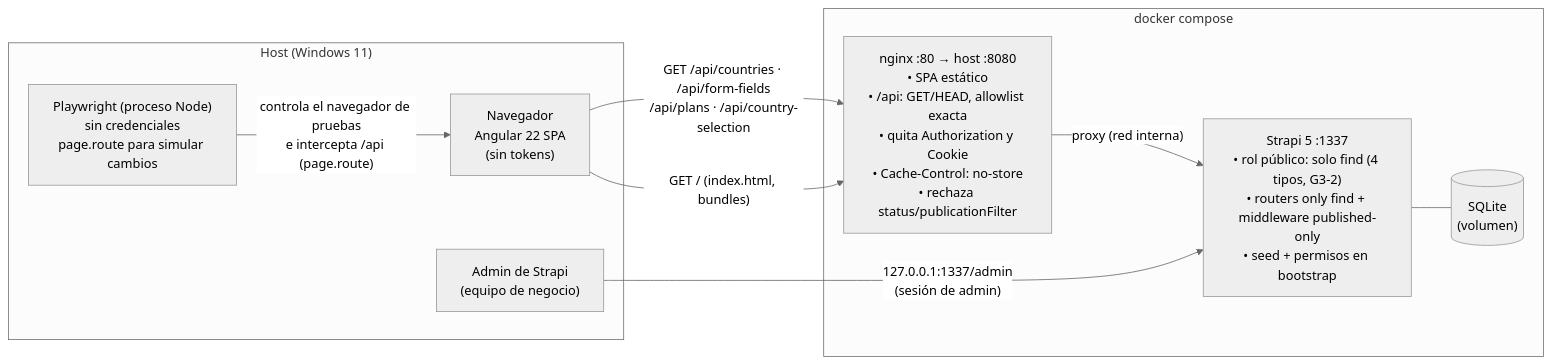
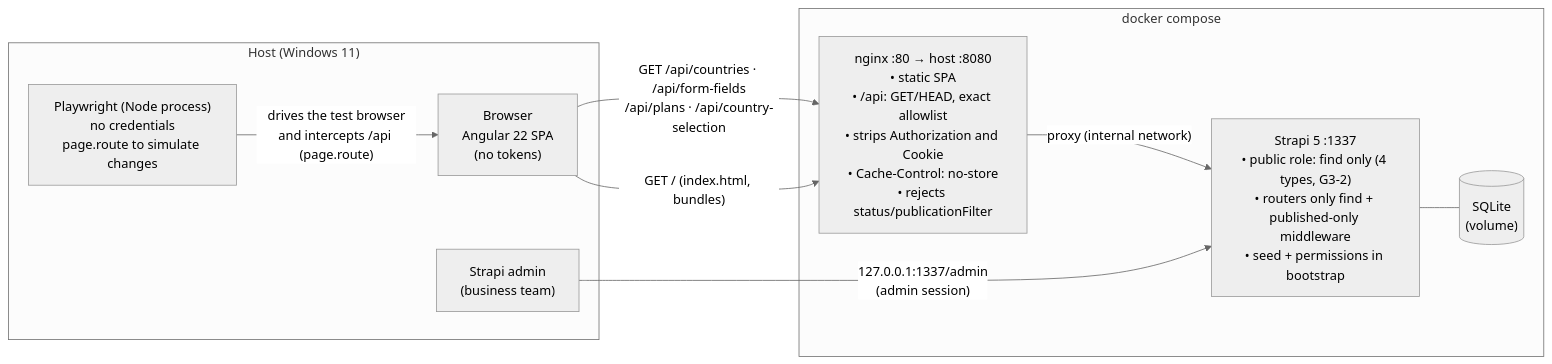
The first of 2 diagrams in docs/architecture/overview.md (Jorgeandd10/car-insurance-quote-multicountry), drawn with Mermaid (neutral theme) before and after one commit. The commit also changed other lines of this file and 35 other files, not shown here.

````diff
--- a/docs/architecture/overview.md
+++ b/docs/architecture/overview.md
@@ -15,21 +15,21 @@
 ```mermaid
 flowchart LR
     subgraph Host["Host (Windows 11)"]
-        B["Navegador<br/>Angular 22 SPA<br/>(sin tokens)"]
-        PW["Playwright (proceso Node)<br/>sin credenciales<br/>page.route para simular cambios"]
-        ADM["Admin de Strapi<br/>(equipo de negocio)"]
+        B["Browser<br/>Angular 22 SPA<br/>(no tokens)"]
+        PW["Playwright (Node process)<br/>no credentials<br/>page.route to simulate changes"]
+        ADM["Strapi admin<br/>(business team)"]
     end
 
     subgraph Docker["docker compose"]
-        NG["nginx :80 → host :8080<br/>• SPA estático<br/>• /api: GET/HEAD, allowlist exacta<br/>• quita Authorization y Cookie<br/>• Cache-Control: no-store<br/>• rechaza status/publicationFilter"]
-        ST["Strapi 5 :1337<br/>• rol público: solo find (4 tipos, G3-2)<br/>• routers only find + middleware published-only<br/>• seed + permisos en bootstrap"]
-        DB[("SQLite<br/>(volumen)")]
+        NG["nginx :80 → host :8080<br/>• static SPA<br/>• /api: GET/HEAD, exact allowlist<br/>• strips Authorization and Cookie<br/>• Cache-Control: no-store<br/>• rejects status/publicationFilter"]
+        ST["Strapi 5 :1337<br/>• public role: find only (4 types, G3-2)<br/>• routers only find + published-only middleware<br/>• seed + permissions in bootstrap"]
+        DB[("SQLite<br/>(volume)")]
     end
 
     B -- "GET /api/countries · /api/form-fields<br/>/api/plans · /api/country-selection" --> NG
     B -- "GET / (index.html, bundles)" --> NG
-    NG -- "proxy (red interna)" --> ST
+    NG -- "proxy (internal network)" --> ST
     ST --- DB
-    ADM -- "127.0.0.1:1337/admin<br/>(sesión de admin)" --> ST
-    PW -- "controla el navegador de pruebas<br/>e intercepta /api (page.route)" --> B
+    ADM -- "127.0.0.1:1337/admin<br/>(admin session)" --> ST
+    PW -- "drives the test browser<br/>and intercepts /api (page.route)" --> B
 ```
````
